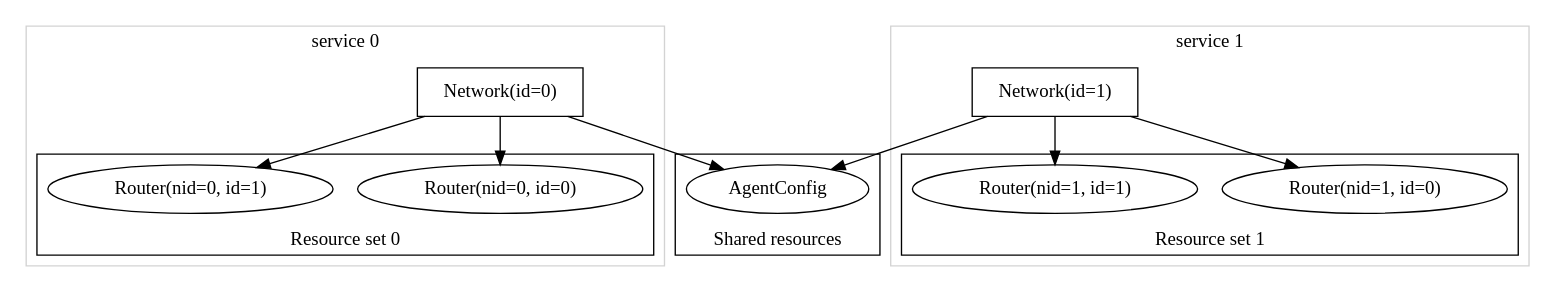
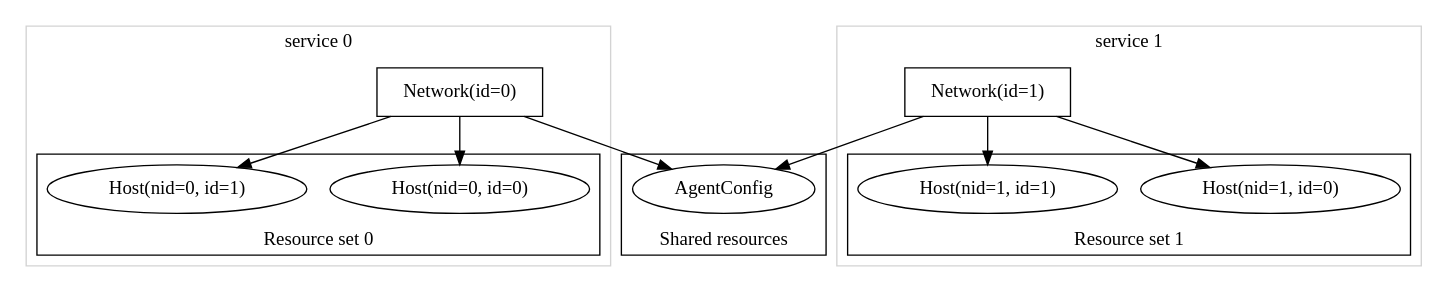
One commit to inmanta/inmanta-core changed the first of 3 diagrams in docs/resource_sets.rst. Above: the diagram before and after it, drawn with Graphviz. The commit also changed other lines of this file and 4 other files, not shown here.

Commit message:
renamed Router -> Host in running example

```diff
--- a/docs/resource_sets.rst
+++ b/docs/resource_sets.rst
@@ -151,35 +151,35 @@
 .. digraph::  resource_sets
     :caption: Two valid services with their resource sets
 
     subgraph cluster_shared {
         AgentConfig;
         label = "Shared resources";
         labelloc = "bottom";
     }
 
     subgraph cluster_service0 {
         "Network(id=0)" [shape=rectangle];
         "Network(id=0)" -> subgraph cluster_resources0 {
-            "Router(nid=0, id=0)";
-            "Router(nid=0, id=1)";
+            "Host(nid=0, id=0)";
+            "Host(nid=0, id=1)";
             label = "Resource set 0";
             labelloc = "bottom";
         }
         "Network(id=0)" -> AgentConfig;
         color = "lightgrey";
         label = "service 0";
         labelloc = "top";
     }
     subgraph cluster_service1 {
         "Network(id=1)" [shape=rectangle];
         "Network(id=1)" -> subgraph cluster_resources1 {
-            "Router(nid=1, id=0)";
-            "Router(nid=1, id=1)";
+            "Host(nid=1, id=0)";
+            "Host(nid=1, id=1)";
             label = "Resource set 1";
             labelloc = "bottom";
         }
         "Network(id=1)" -> AgentConfig;
         color = "lightgrey";
         label = "service 1";
         labelloc = "top";
     }
```
